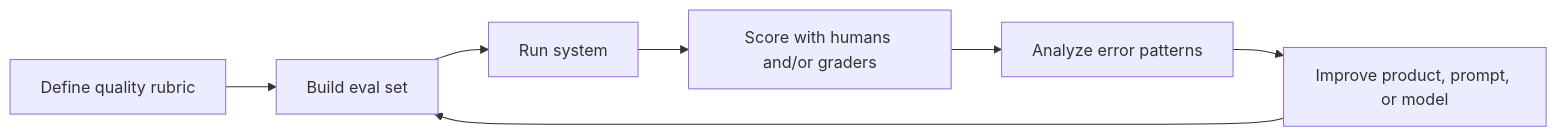
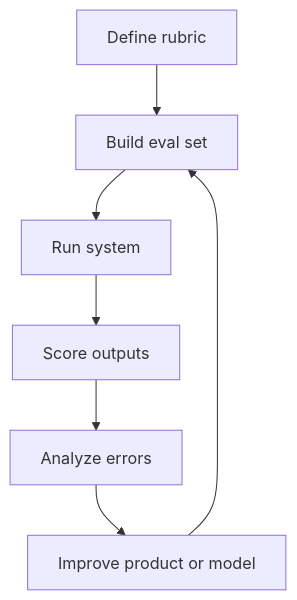
One commit to ArslanArda/ai-pm-playbook changed the diagram in 02-evaluation-design/README.md. Above: the diagram before and after it, drawn with Mermaid. The commit also changed 9 other files, not shown here.

Commit message:
Make workflow diagrams render more reliably on GitHub

````diff
--- a/02-evaluation-design/README.md
+++ b/02-evaluation-design/README.md
@@ -47,9 +47,9 @@
 ```mermaid
-flowchart LR
-    A["Define quality rubric"] --> B["Build eval set"]
+flowchart TD
+    A["Define rubric"] --> B["Build eval set"]
     B --> C["Run system"]
-    C --> D["Score with humans and/or graders"]
-    D --> E["Analyze error patterns"]
-    E --> F["Improve product, prompt, or model"]
+    C --> D["Score outputs"]
+    D --> E["Analyze errors"]
+    E --> F["Improve product or model"]
     F --> B
 ```
````
